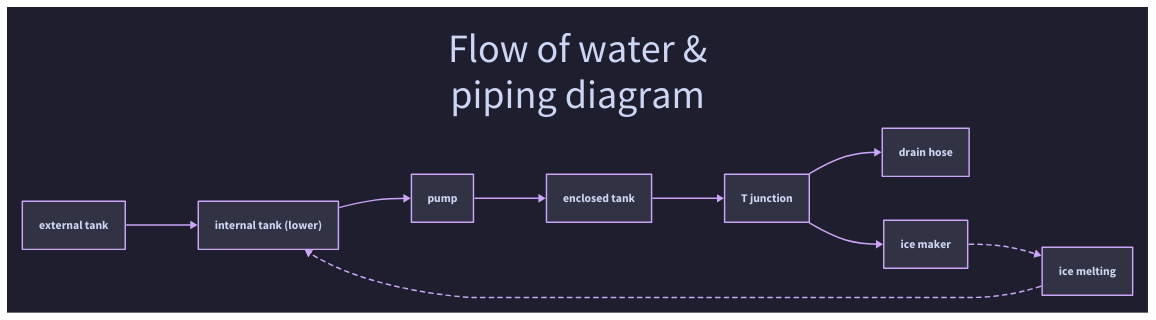
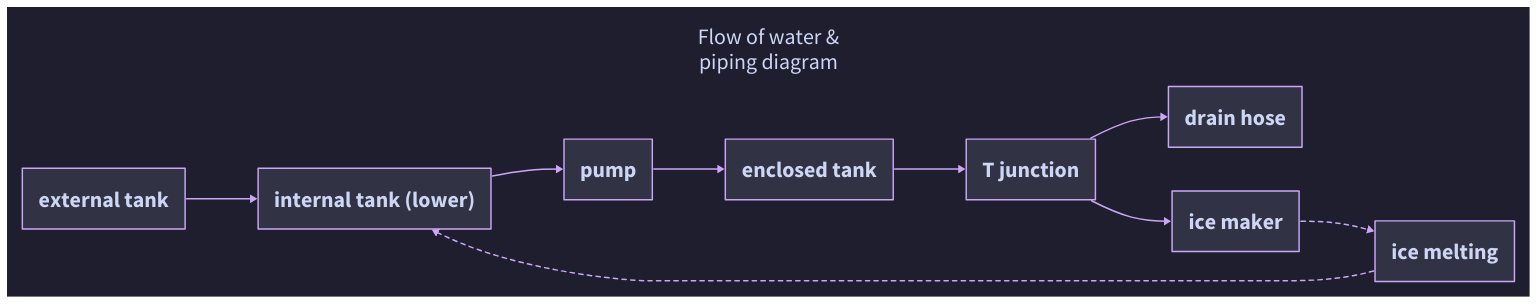
Before and after one commit to SomeAspy/GE-Opal-2-fixes: the diagram in pipes.d2, drawn with D2. The commit also changed 1 other file, not shown here.

```diff
--- a/pipes.d2
+++ b/pipes.d2
@@ -1,25 +1,32 @@
 vars: {
   d2-config: {
     theme-id: 200
   }
 }
 direction: right
 title: Flow of water &\npiping diagram {
   shape: text
   near: top-center
   style: {
     font-size: 55
   }
 }
+
+* {
+  style: {
+    font-size: 30
+  }
+}
+
 external tank -> internal tank (lower)
 internal tank (lower) -> pump
 pump -> enclosed tank
 enclosed tank -> T junction
 T junction -> drain hose
 T junction -> ice maker
 
 ice maker -> ice melting -> internal tank (lower) {
   style: {
     stroke-dash: 3
   }
 }
```
